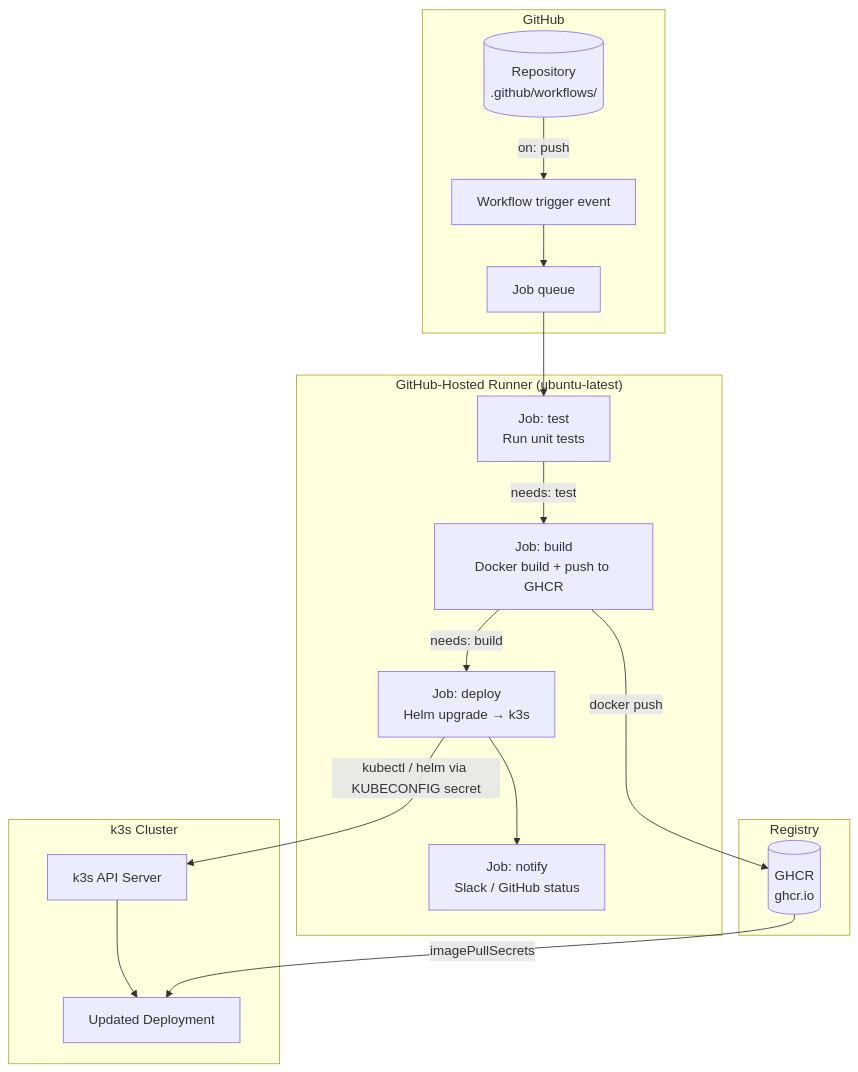
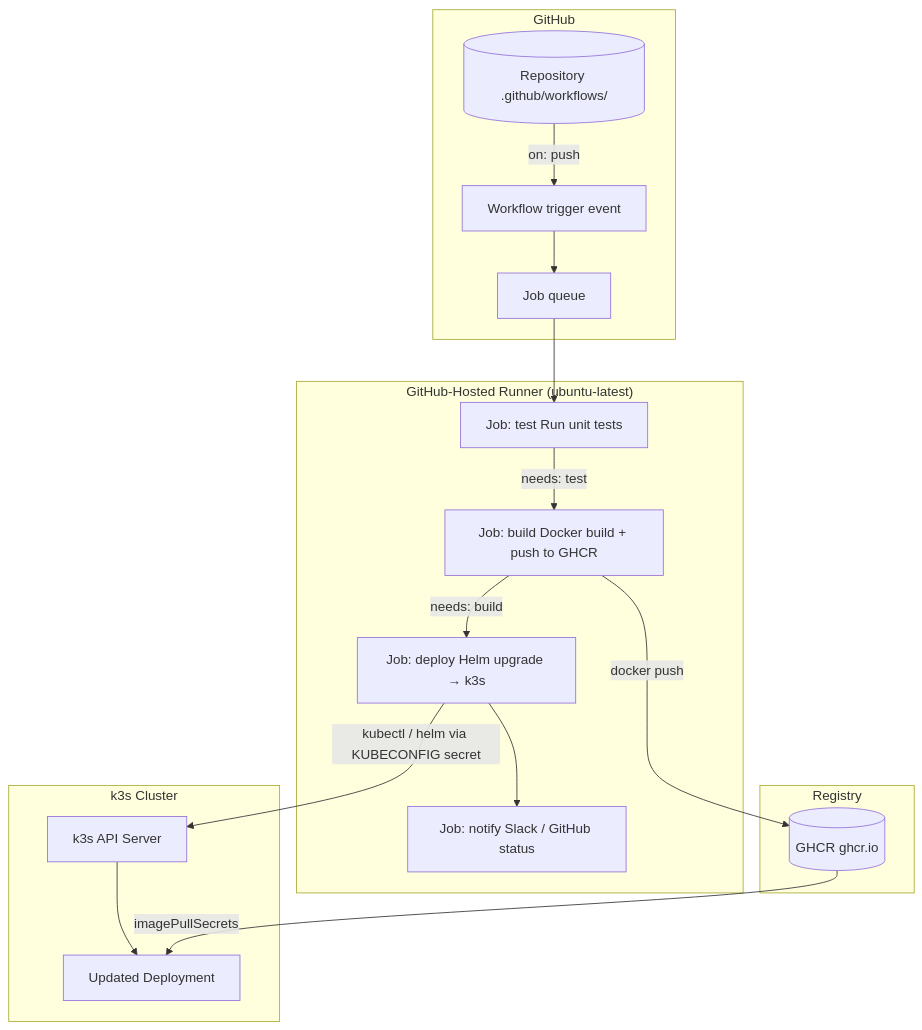
Before and after one commit to UncleJS/course_k3s: the diagram in 12_cicd/02_github_actions_deploy.md, drawn with Mermaid. The commit also changed 57 other files, not shown here.

````diff
--- a/12_cicd/02_github_actions_deploy.md
+++ b/12_cicd/02_github_actions_deploy.md
@@ -28,24 +28,24 @@
 ```mermaid
 flowchart TD
     subgraph GitHub
-        REPO[(Repository\n.github/workflows/)] -->|on: push| EVENT[Workflow trigger event]
+        REPO[(Repository .github/workflows/)] -->|on: push| EVENT[Workflow trigger event]
         EVENT --> QUEUE[Job queue]
     end
 
     subgraph Runner["GitHub-Hosted Runner (ubuntu-latest)"]
-        QUEUE --> JOB1[Job: test\nRun unit tests]
-        JOB1 -->|needs: test| JOB2[Job: build\nDocker build + push to GHCR]
-        JOB2 -->|needs: build| JOB3[Job: deploy\nHelm upgrade → k3s]
-        JOB3 --> JOB4[Job: notify\nSlack / GitHub status]
+        QUEUE --> JOB1[Job: test Run unit tests]
+        JOB1 -->|needs: test| JOB2[Job: build Docker build + push to GHCR]
+        JOB2 -->|needs: build| JOB3[Job: deploy Helm upgrade → k3s]
+        JOB3 --> JOB4[Job: notify Slack / GitHub status]
     end
 
     subgraph Cluster["k3s Cluster"]
         JOB3 -->|kubectl / helm via KUBECONFIG secret| K3S[k3s API Server]
         K3S --> DEPLOY[Updated Deployment]
     end
 
     subgraph Registry
-        JOB2 -->|docker push| GHCR[(GHCR\nghcr.io)]
+        JOB2 -->|docker push| GHCR[(GHCR ghcr.io)]
         GHCR -->|imagePullSecrets| DEPLOY
     end
 ```
````
